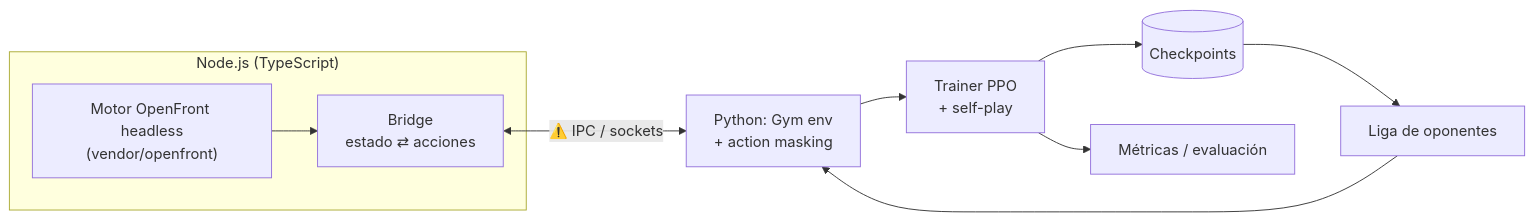
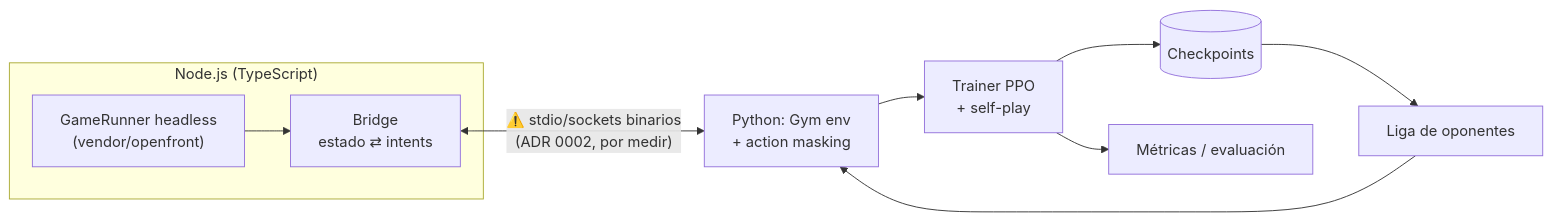
The first of 3 diagrams in docs/architecture.md (lautaro-geli/openfront-rl), drawn with Mermaid before and after one commit. The commit also changed other lines of this file and 6 other files, not shown here.

````diff
--- a/docs/architecture.md
+++ b/docs/architecture.md
@@ -7,12 +9,12 @@
 ```mermaid
 flowchart LR
   subgraph Node["Node.js (TypeScript)"]
-    E["Motor OpenFront headless<br/>(vendor/openfront)"] --> B["Bridge<br/>estado ⇄ acciones"]
+    E["GameRunner headless<br/>(vendor/openfront)"] --> B["Bridge<br/>estado ⇄ intents"]
   end
-  B <-->|"⚠️ IPC / sockets"| G["Python: Gym env<br/>+ action masking"]
+  B <-->|"⚠️ stdio/sockets binarios<br/>(ADR 0002, por medir)"| G["Python: Gym env<br/>+ action masking"]
   G --> T["Trainer PPO<br/>+ self-play"]
   T --> C[("Checkpoints")]
   C --> L["Liga de oponentes"]
   L --> G
   T --> M["Métricas / evaluación"]
 ```
````
